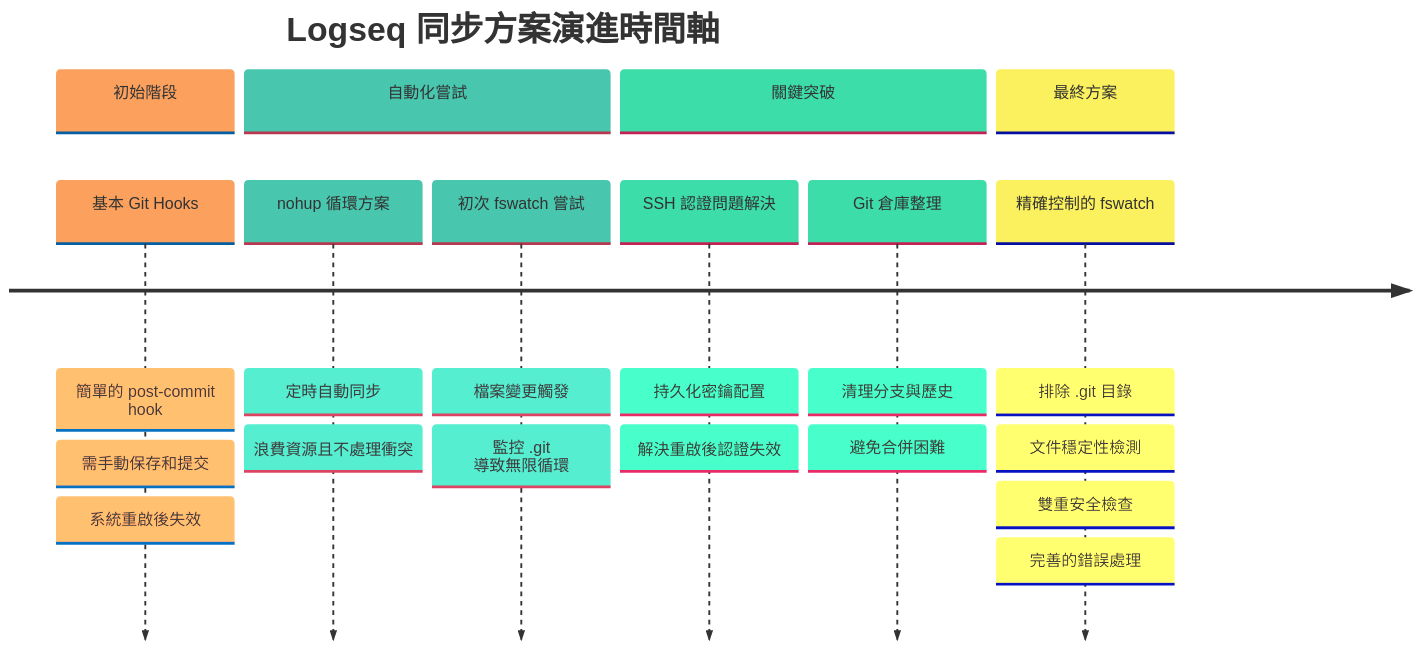
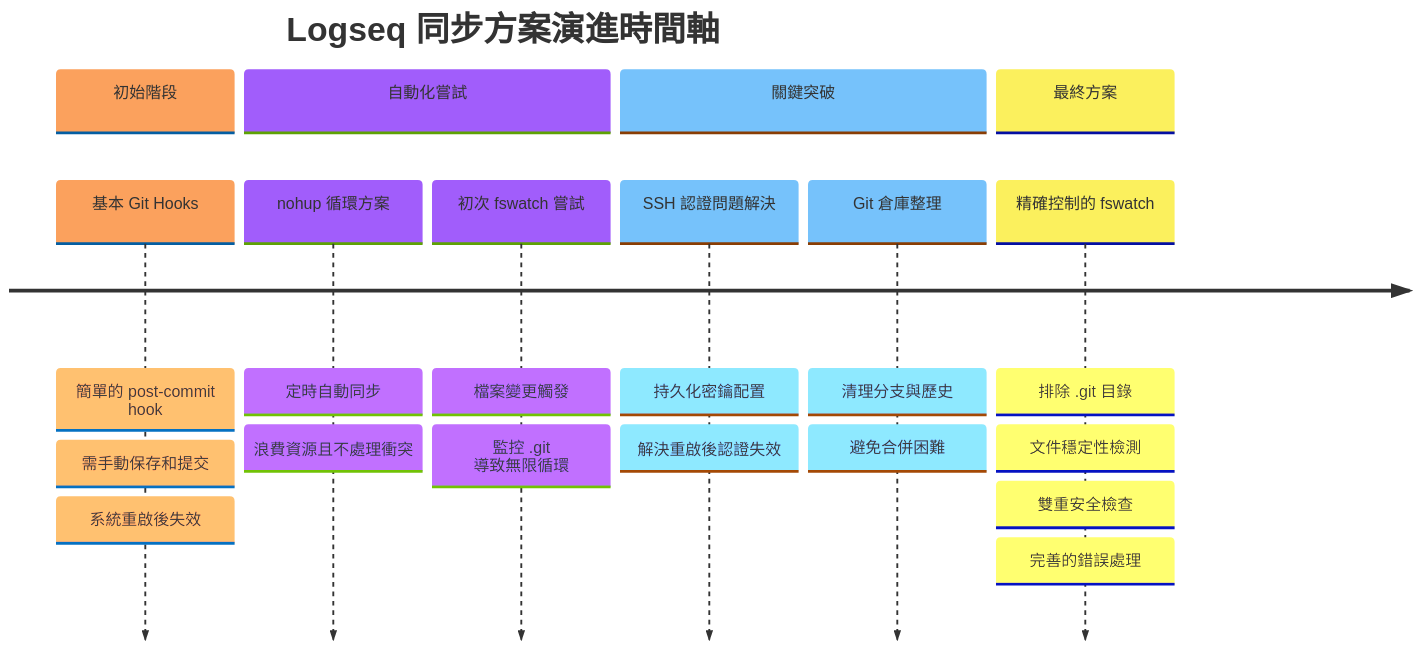
The first of 2 diagrams in Logseq同步方案演進記錄.md (GengGeng026/Sync-Logseq), drawn with Mermaid before and after one commit.

Commit message:
Auto-sync: Wed Mar 26 09:56:04 +08 2025

````diff
--- a/Logseq同步方案演進記錄.md
+++ b/Logseq同步方案演進記錄.md
@@ -24,39 +24,36 @@
 ```mermaid
 %%{init: {
   'theme': 'base', 
   'themeVariables': {
     'primaryColor': '#FEE9D9',
-    'secondaryColor': '#A9E4D9',
-    'tertiaryColor': '#A9F0D9',
-    'lineColor': '#A9D9D9',
     'primaryBorderColor': '#A9D9D9',
     'background': 'transparent',
     'clusterBkg': 'transparent',
     'titleColor': '#FEE9D9',
     'fontFamily': 'default',
     'fontSize': '17px',
     'fontWeight': 'normal'
   }
 }}%%
 timeline
     title Logseq 同步方案演進時間軸
     section 初始階段
         基本 Git Hooks : 簡單的 post-commit hook
         : 需手動保存和提交
         : 系統重啟後失效
     section 自動化嘗試
         nohup 循環方案 : 定時自動同步
         : 浪費資源且不處理衝突
         初次 fswatch 嘗試 : 檔案變更觸發
         : 監控 .git 導致無限循環
     section 關鍵突破
         SSH 認證問題解決 : 持久化密鑰配置
         : 解決重啟後認證失效
         Git 倉庫整理 : 清理分支與歷史
         : 避免合併困難
     section 最終方案
         精確控制的 fswatch : 排除 .git 目錄
         : 文件穩定性檢測
         : 雙重安全檢查
         : 完善的錯誤處理
 ```
````
